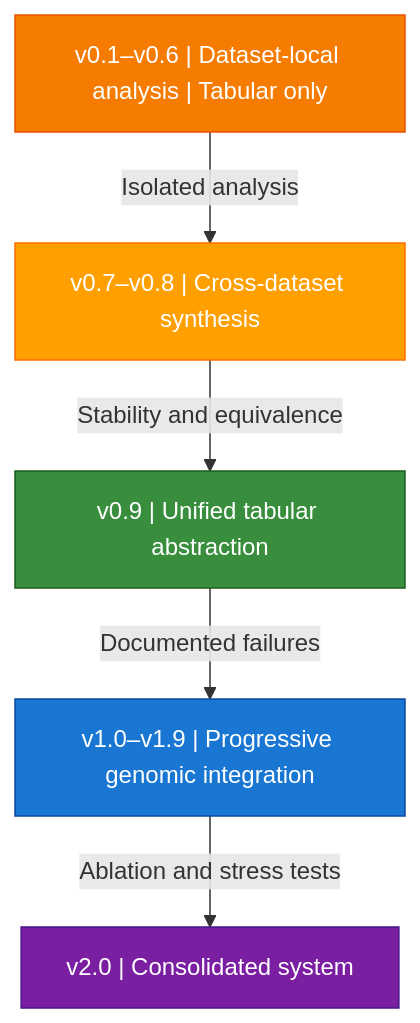
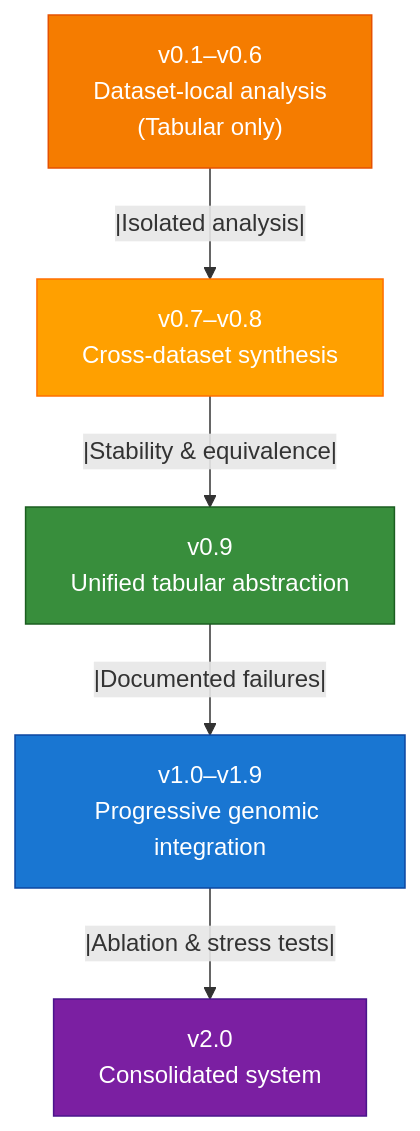
Before and after one commit to Aridoge13/Kabosu: the diagram in README.md, drawn with Mermaid.

Commit message:
Kabosu v0.1

````diff
--- a/README.md
+++ b/README.md
@@ -55,21 +55,16 @@
 ```mermaid
 flowchart TD
-    A["v0.1–v0.6 | Dataset-local analysis | Tabular only"]
-    B["v0.7–v0.8 | Cross-dataset synthesis"]
-    C["v0.9 | Unified tabular abstraction"]
-    D["v1.0–v1.9 | Progressive genomic integration"]
-    E["v2.0 | Consolidated system"]
+    A["v0.1–v0.6<br/>Dataset-local analysis<br/>(Tabular only)"]
 
-    A -->|Isolated analysis| B
-    B -->|Stability and equivalence| C
-    C -->|Documented failures| D
-    D -->|Ablation and stress tests| E
+    A -- |Isolated analysis| --> B["v0.7–v0.8<br/>Cross-dataset synthesis"]
+    B -- |Stability & equivalence| --> C["v0.9<br/>Unified tabular abstraction"]
+    C -- |Documented failures| --> D["v1.0–v1.9<br/>Progressive genomic integration"]
+    D -- |Ablation & stress tests| --> E["v2.0<br/>Consolidated system"]
 
     style A fill:#f57c00,stroke:#e65100,color:#ffffff
     style B fill:#ffa000,stroke:#ff6f00,color:#ffffff
     style C fill:#388e3c,stroke:#1b5e20,color:#ffffff
     style D fill:#1976d2,stroke:#0d47a1,color:#ffffff
     style E fill:#7b1fa2,stroke:#4a148c,color:#ffffff
 
-
 ```
````
